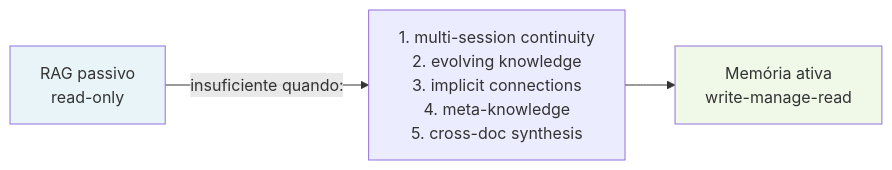
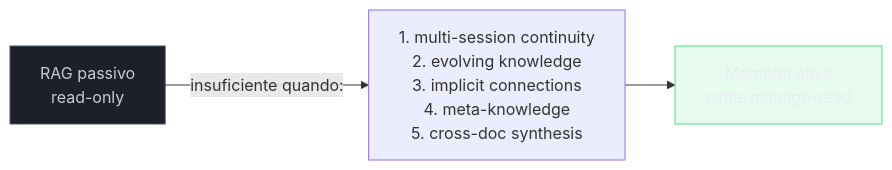
One commit to josenaldo/codex-technomanticus changed the first of 3 diagrams in 03-Dominios/Tecnologia/IA/Memória de Agentes/05 - Beyond RAG - quando RAG não basta.md. Above: the diagram before and after it, drawn with Mermaid. The commit also changed 1181 other files, not shown here.

First line of the commit message:
fix(diagramas): paleta do sistema no lugar de cor cravada no markdown

````diff
--- a/03-Dominios/Tecnologia/IA/Memória de Agentes/05 - Beyond RAG - quando RAG não basta.md
+++ b/03-Dominios/Tecnologia/IA/Memória de Agentes/05 - Beyond RAG - quando RAG não basta.md
@@ -53,7 +53,9 @@
 ```mermaid
 graph LR
+    classDef neutro fill:#1B2029,stroke:#4E5666,color:#C6CCD8
+    classDef ok fill:#4ADE8021,stroke:#4ADE80,color:#E9ECF2
     R[RAG passivo<br/>read-only] -->|insuficiente quando:| C5["1. multi-session continuity<br/>2. evolving knowledge<br/>3. implicit connections<br/>4. meta-knowledge<br/>5. cross-doc synthesis"]
     C5 --> M[Memória ativa<br/>write-manage-read]
-    style R fill:#e8f4f8
-    style M fill:#f0f8e8
+    class R neutro
+    class M ok
 ```
````
